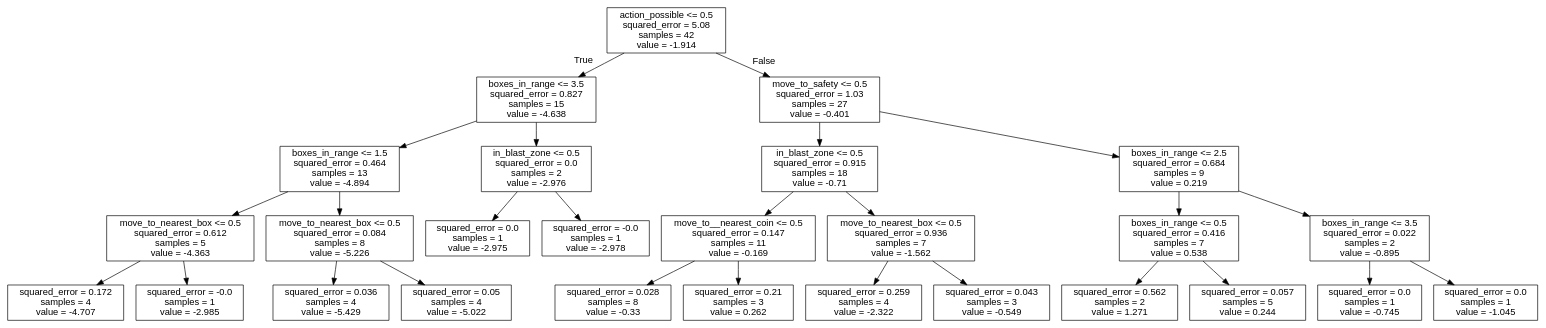
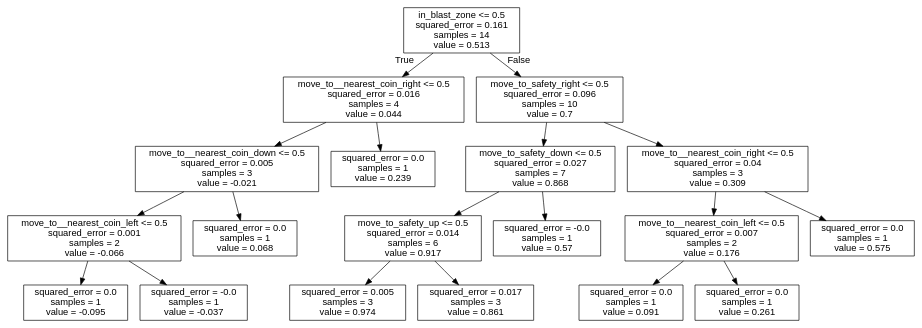
The diagram in bomberman_rl/agent_code/my_agent/trees/UP.dot (J-Gann/FML), drawn with Graphviz before and after one commit. The commit also changed 19 other files, not shown here.

```diff
--- a/bomberman_rl/agent_code/my_agent/trees/UP.dot
+++ b/bomberman_rl/agent_code/my_agent/trees/UP.dot
@@ -1,57 +1,41 @@
 digraph Tree {
 node [shape=box, fontname="helvetica"] ;
 edge [fontname="helvetica"] ;
-0 [label="action_possible <= 0.5\nsquared_error = 5.08\nsamples = 42\nvalue = -1.914"] ;
-1 [label="boxes_in_range <= 3.5\nsquared_error = 0.827\nsamples = 15\nvalue = -4.638"] ;
+0 [label="in_blast_zone <= 0.5\nsquared_error = 0.161\nsamples = 14\nvalue = 0.513"] ;
+1 [label="move_to__nearest_coin_right <= 0.5\nsquared_error = 0.016\nsamples = 4\nvalue = 0.044"] ;
 0 -> 1 [labeldistance=2.5, labelangle=45, headlabel="True"] ;
-2 [label="boxes_in_range <= 1.5\nsquared_error = 0.464\nsamples = 13\nvalue = -4.894"] ;
+2 [label="move_to__nearest_coin_down <= 0.5\nsquared_error = 0.005\nsamples = 3\nvalue = -0.021"] ;
 1 -> 2 ;
-3 [label="move_to_nearest_box <= 0.5\nsquared_error = 0.612\nsamples = 5\nvalue = -4.363"] ;
+3 [label="move_to__nearest_coin_left <= 0.5\nsquared_error = 0.001\nsamples = 2\nvalue = -0.066"] ;
 2 -> 3 ;
-4 [label="squared_error = 0.172\nsamples = 4\nvalue = -4.707"] ;
+4 [label="squared_error = 0.0\nsamples = 1\nvalue = -0.095"] ;
 3 -> 4 ;
-5 [label="squared_error = -0.0\nsamples = 1\nvalue = -2.985"] ;
+5 [label="squared_error = -0.0\nsamples = 1\nvalue = -0.037"] ;
 3 -> 5 ;
-6 [label="move_to_nearest_box <= 0.5\nsquared_error = 0.084\nsamples = 8\nvalue = -5.226"] ;
+6 [label="squared_error = 0.0\nsamples = 1\nvalue = 0.068"] ;
 2 -> 6 ;
-7 [label="squared_error = 0.036\nsamples = 4\nvalue = -5.429"] ;
-6 -> 7 ;
-8 [label="squared_error = 0.05\nsamples = 4\nvalue = -5.022"] ;
-6 -> 8 ;
-9 [label="in_blast_zone <= 0.5\nsquared_error = 0.0\nsamples = 2\nvalue = -2.976"] ;
-1 -> 9 ;
-10 [label="squared_error = 0.0\nsamples = 1\nvalue = -2.975"] ;
+7 [label="squared_error = 0.0\nsamples = 1\nvalue = 0.239"] ;
+1 -> 7 ;
+8 [label="move_to_safety_right <= 0.5\nsquared_error = 0.096\nsamples = 10\nvalue = 0.7"] ;
+0 -> 8 [labeldistance=2.5, labelangle=-45, headlabel="False"] ;
+9 [label="move_to_safety_down <= 0.5\nsquared_error = 0.027\nsamples = 7\nvalue = 0.868"] ;
+8 -> 9 ;
+10 [label="move_to_safety_up <= 0.5\nsquared_error = 0.014\nsamples = 6\nvalue = 0.917"] ;
 9 -> 10 ;
-11 [label="squared_error = -0.0\nsamples = 1\nvalue = -2.978"] ;
-9 -> 11 ;
-12 [label="move_to_safety <= 0.5\nsquared_error = 1.03\nsamples = 27\nvalue = -0.401"] ;
-0 -> 12 [labeldistance=2.5, labelangle=-45, headlabel="False"] ;
-13 [label="in_blast_zone <= 0.5\nsquared_error = 0.915\nsamples = 18\nvalue = -0.71"] ;
-12 -> 13 ;
-14 [label="move_to__nearest_coin <= 0.5\nsquared_error = 0.147\nsamples = 11\nvalue = -0.169"] ;
-13 -> 14 ;
-15 [label="squared_error = 0.028\nsamples = 8\nvalue = -0.33"] ;
+11 [label="squared_error = 0.005\nsamples = 3\nvalue = 0.974"] ;
+10 -> 11 ;
+12 [label="squared_error = 0.017\nsamples = 3\nvalue = 0.861"] ;
+10 -> 12 ;
+13 [label="squared_error = -0.0\nsamples = 1\nvalue = 0.57"] ;
+9 -> 13 ;
+14 [label="move_to__nearest_coin_right <= 0.5\nsquared_error = 0.04\nsamples = 3\nvalue = 0.309"] ;
+8 -> 14 ;
+15 [label="move_to__nearest_coin_left <= 0.5\nsquared_error = 0.007\nsamples = 2\nvalue = 0.176"] ;
 14 -> 15 ;
-16 [label="squared_error = 0.21\nsamples = 3\nvalue = 0.262"] ;
-14 -> 16 ;
-17 [label="move_to_nearest_box <= 0.5\nsquared_error = 0.936\nsamples = 7\nvalue = -1.562"] ;
-13 -> 17 ;
-18 [label="squared_error = 0.259\nsamples = 4\nvalue = -2.322"] ;
-17 -> 18 ;
-19 [label="squared_error = 0.043\nsamples = 3\nvalue = -0.549"] ;
-17 -> 19 ;
-20 [label="boxes_in_range <= 2.5\nsquared_error = 0.684\nsamples = 9\nvalue = 0.219"] ;
-12 -> 20 ;
-21 [label="boxes_in_range <= 0.5\nsquared_error = 0.416\nsamples = 7\nvalue = 0.538"] ;
-20 -> 21 ;
-22 [label="squared_error = 0.562\nsamples = 2\nvalue = 1.271"] ;
-21 -> 22 ;
-23 [label="squared_error = 0.057\nsamples = 5\nvalue = 0.244"] ;
-21 -> 23 ;
-24 [label="boxes_in_range <= 3.5\nsquared_error = 0.022\nsamples = 2\nvalue = -0.895"] ;
-20 -> 24 ;
-25 [label="squared_error = 0.0\nsamples = 1\nvalue = -0.745"] ;
-24 -> 25 ;
-26 [label="squared_error = 0.0\nsamples = 1\nvalue = -1.045"] ;
-24 -> 26 ;
+16 [label="squared_error = 0.0\nsamples = 1\nvalue = 0.091"] ;
+15 -> 16 ;
+17 [label="squared_error = 0.0\nsamples = 1\nvalue = 0.261"] ;
+15 -> 17 ;
+18 [label="squared_error = 0.0\nsamples = 1\nvalue = 0.575"] ;
+14 -> 18 ;
 }
```
